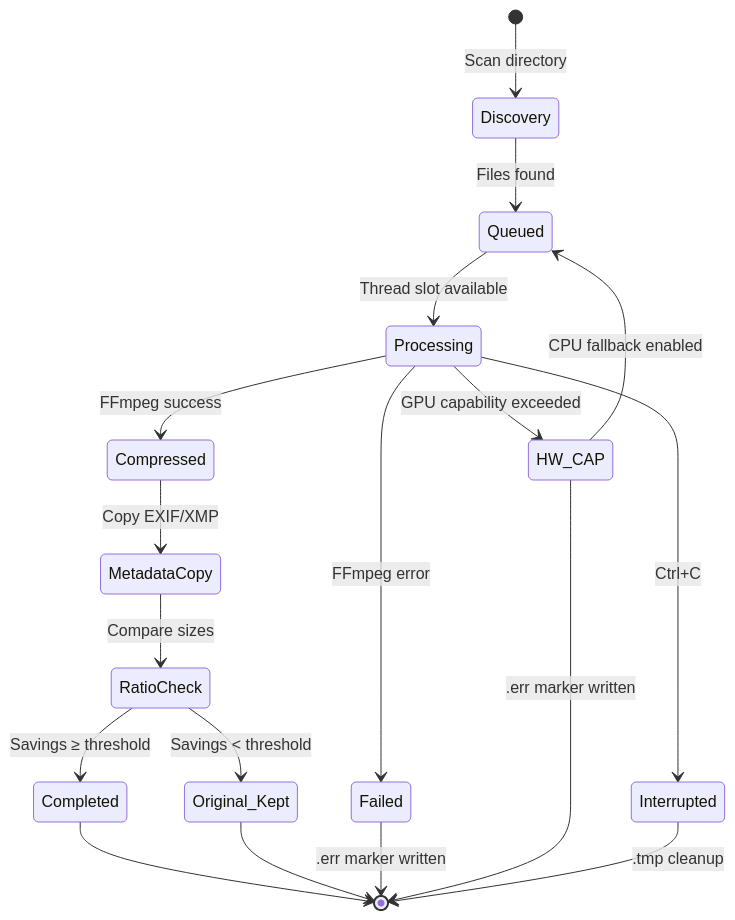
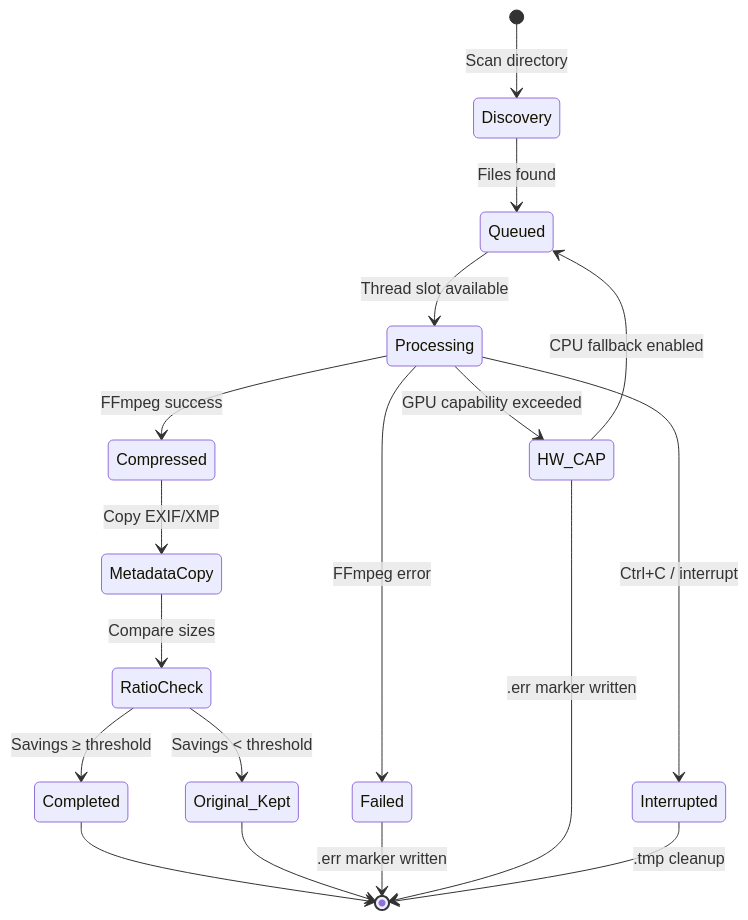
The second of 2 diagrams in README.md (hipotures/vbc), drawn with Mermaid before and after one commit. The commit also changed other lines of this file and 20 other files, not shown here.

````diff
--- a/README.md
+++ b/README.md
@@ -809,20 +826,20 @@
 ```mermaid
 stateDiagram-v2
     [*] --> Discovery: Scan directory
     Discovery --> Queued: Files found
     Queued --> Processing: Thread slot available
     Processing --> Compressed: FFmpeg success
     Processing --> Failed: FFmpeg error
     Processing --> HW_CAP: GPU capability exceeded
-    Processing --> Interrupted: Ctrl+C
+    Processing --> Interrupted: Ctrl+C / interrupt
     Compressed --> MetadataCopy: Copy EXIF/XMP
     MetadataCopy --> RatioCheck: Compare sizes
     RatioCheck --> Completed: Savings ≥ threshold
     RatioCheck --> Original_Kept: Savings < threshold
     Completed --> [*]
     Original_Kept --> [*]
     Failed --> [*]: .err marker written
     HW_CAP --> [*]: .err marker written
     HW_CAP --> Queued: CPU fallback enabled
     Interrupted --> [*]: .tmp cleanup
 ```
````
